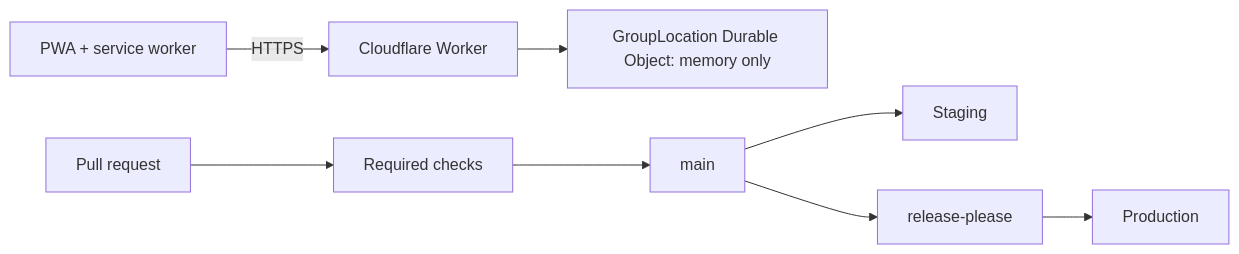
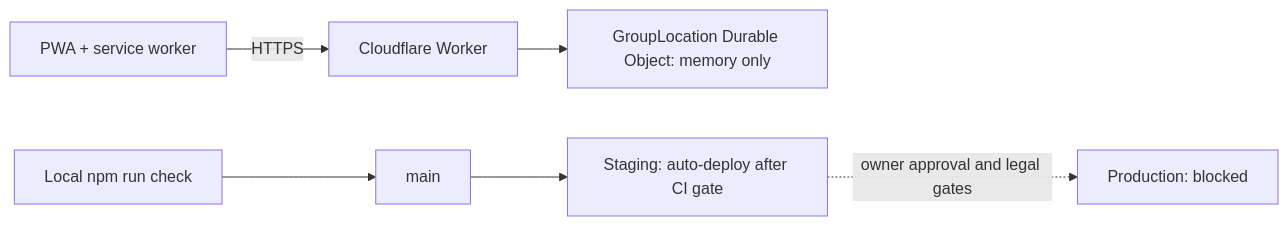
The diagram in README.md (Dream-Team-Engineers/pushkara-mitra), drawn with Mermaid before and after one commit. The commit also changed other lines of this file and 12 other files, not shown here.

````diff
--- a/README.md
+++ b/README.md
@@ -13,7 +13,7 @@
 ```mermaid
 flowchart LR
   pwa[PWA + service worker] -- HTTPS --> worker[Cloudflare Worker]
   worker --> do[GroupLocation Durable Object: memory only]
-  pr[Pull request] --> checks[Required checks] --> main[main] --> staging[Staging]
-  main --> rp[release-please] --> prod[Production]
+  dev[Local npm run check] --> main[main] --> staging[Staging: auto-deploy after CI gate]
+  staging -. owner approval and legal gates .-> prod[Production: blocked]
 ```
````
